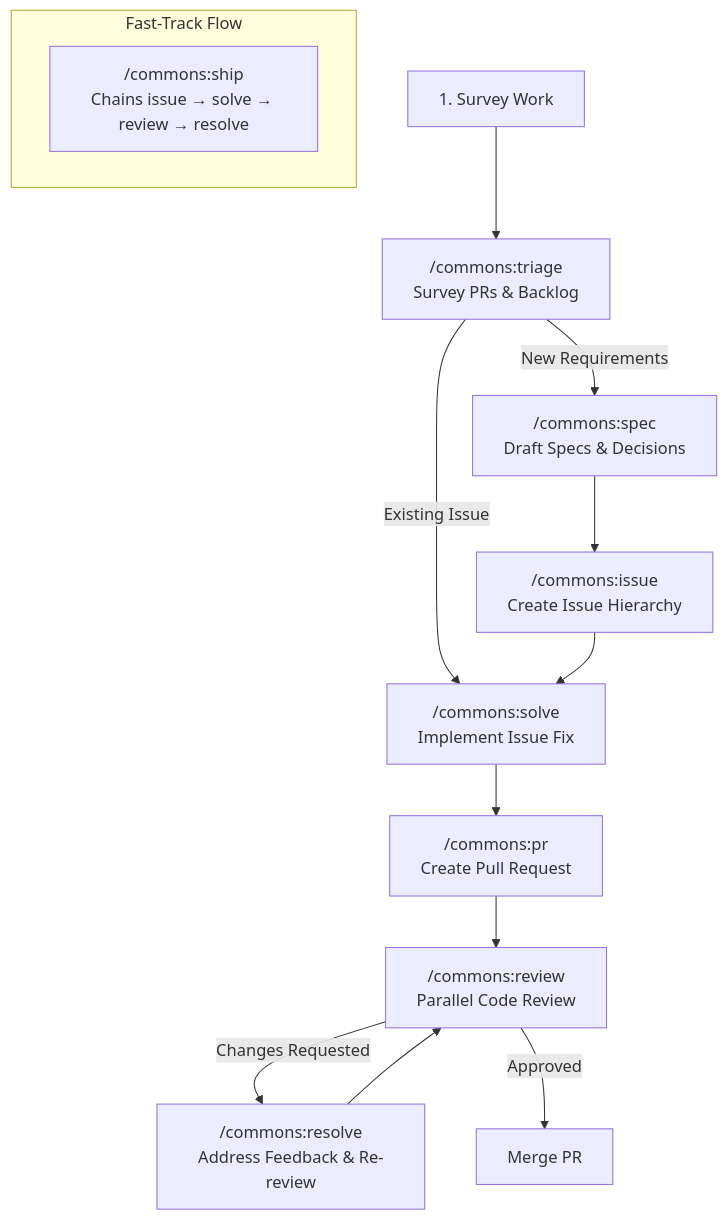
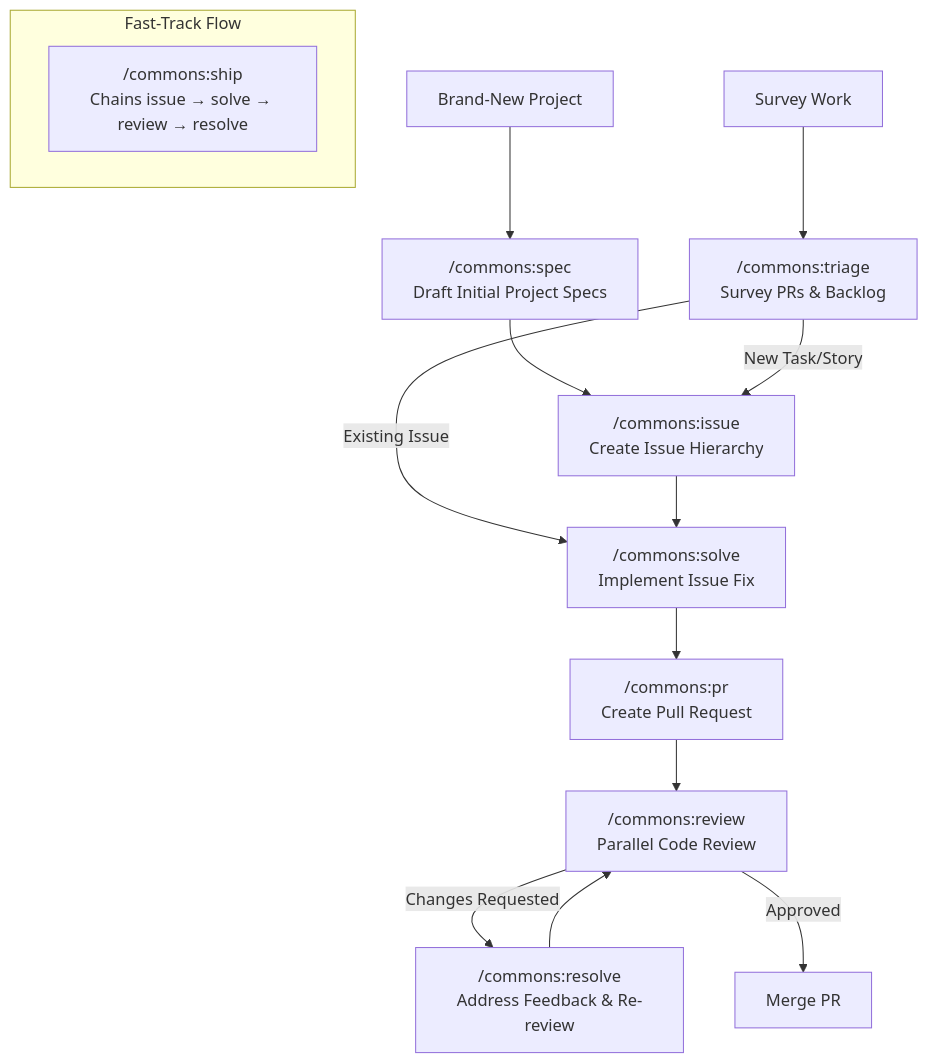
One commit to aimarchirico/commons changed the fourth of 4 diagrams in docs/ARCHITECTURE.md. Above: the diagram before and after it, drawn with Mermaid.

Commit message:
docs(architecture): position spec at brand-new project start

````diff
--- a/docs/ARCHITECTURE.md
+++ b/docs/ARCHITECTURE.md
@@ -107,22 +107,22 @@
 ```mermaid
 graph TD
-    survey["1. Survey Work"] --> triage["/commons:triage<br/>Survey PRs & Backlog"]
-
-    triage -->|New Requirements| spec["/commons:spec<br/>Draft Specs & Decisions"]
+    start_proj["Brand-New Project"] --> spec["/commons:spec<br/>Draft Initial Project Specs"]
     spec --> issue["/commons:issue<br/>Create Issue Hierarchy"]
 
+    survey["Survey Work"] --> triage["/commons:triage<br/>Survey PRs & Backlog"]
+    triage -->|New Task/Story| issue
     triage -->|Existing Issue| solve["/commons:solve<br/>Implement Issue Fix"]
     issue --> solve
 
     solve --> pr["/commons:pr<br/>Create Pull Request"]
     pr --> review["/commons:review<br/>Parallel Code Review"]
 
     review -->|Changes Requested| resolve["/commons:resolve<br/>Address Feedback & Re-review"]
     resolve --> review
 
     review -->|Approved| merge["Merge PR"]
 
     subgraph FastTrack["Fast-Track Flow"]
         ship["/commons:ship<br/>Chains issue → solve → review → resolve"]
     end
 ```
````
